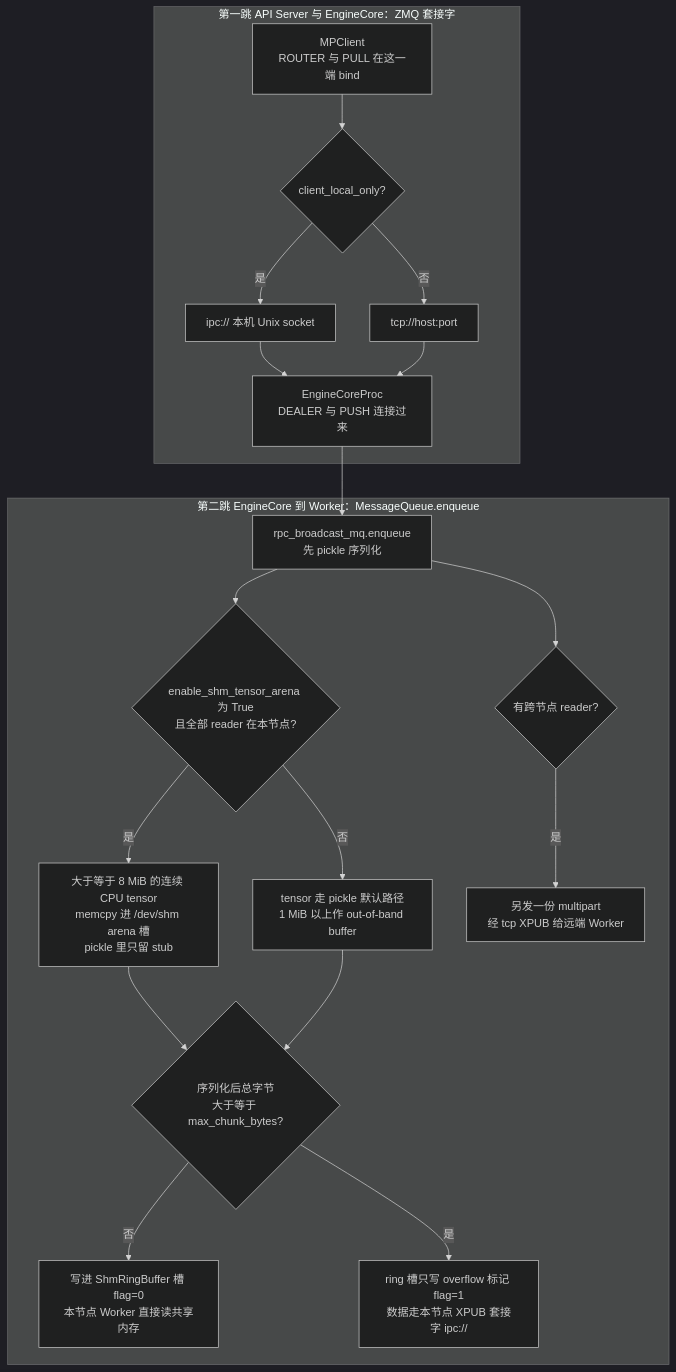
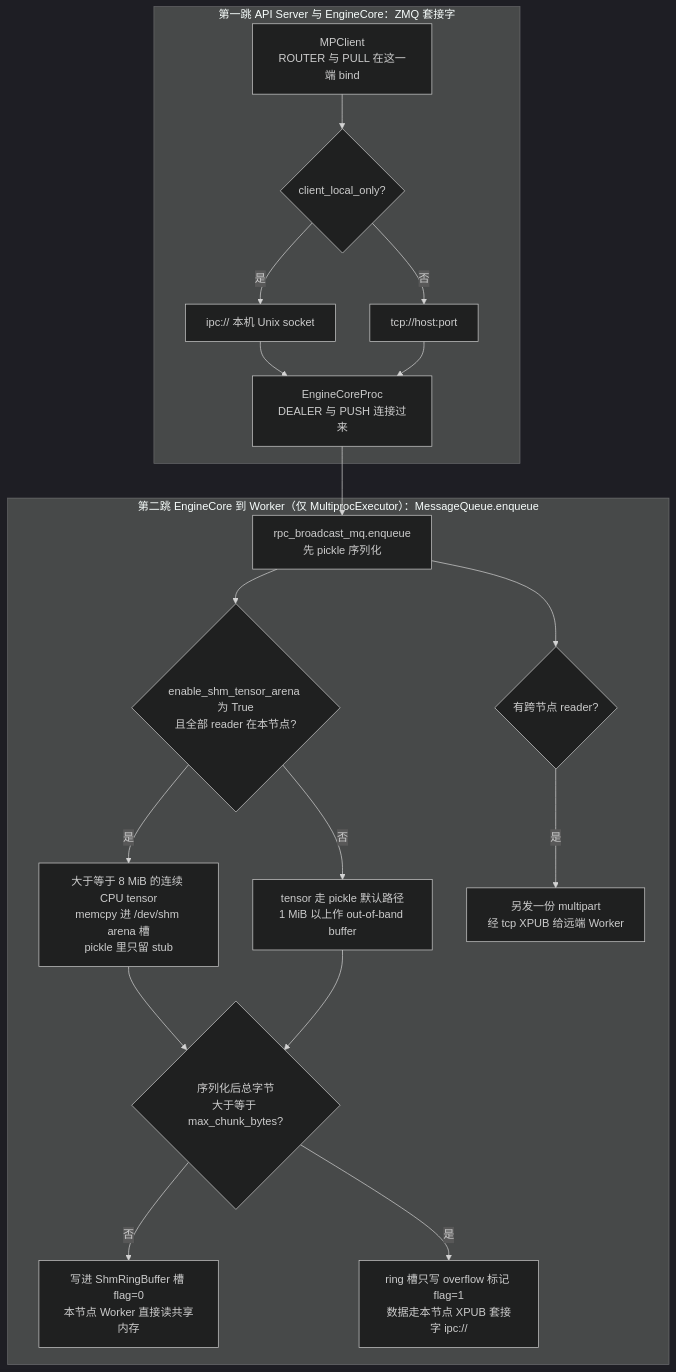
One commit to cluster1900/vllm_reader changed the tenth of 24 diagrams in book/03-engine-core/README.md. Above: the diagram before and after it, drawn with Mermaid (dark theme). The commit also changed other lines of this file and 1 other file, not shown here.

Commit message:
docs(ch02,ch03): address #29 r1 review (watchdog symbols, KV init diagram, admission wording)

````diff
--- a/book/03-engine-core/README.md
+++ b/book/03-engine-core/README.md
@@ -532,36 +532,36 @@
 ```mermaid
 flowchart TB
     subgraph HOP1["第一跳 API Server 与 EngineCore：ZMQ 套接字"]
         CL["MPClient<br/>ROUTER 与 PULL 在这一端 bind"]
         ADDR{"client_local_only?"}
         IPC["ipc:// 本机 Unix socket"]
         TCP1["tcp://host:port"]
         EC["EngineCoreProc<br/>DEALER 与 PUSH 连接过来"]
         CL --> ADDR
         ADDR -- "是" --> IPC
         ADDR -- "否" --> TCP1
         IPC --> EC
         TCP1 --> EC
     end
-    subgraph HOP2["第二跳 EngineCore 到 Worker：MessageQueue.enqueue"]
+    subgraph HOP2["第二跳 EngineCore 到 Worker（仅 MultiprocExecutor）：MessageQueue.enqueue"]
         ENQ["rpc_broadcast_mq.enqueue<br/>先 pickle 序列化"]
         ARENA{"enable_shm_tensor_arena 为 True<br/>且全部 reader 在本节点?"}
         AY["大于等于 8 MiB 的连续 CPU tensor<br/>memcpy 进 /dev/shm arena 槽<br/>pickle 里只留 stub"]
         AN["tensor 走 pickle 默认路径<br/>1 MiB 以上作 out-of-band buffer"]
         SIZE{"序列化后总字节<br/>大于等于 max_chunk_bytes?"}
         RING["写进 ShmRingBuffer 槽 flag=0<br/>本节点 Worker 直接读共享内存"]
         OVER["ring 槽只写 overflow 标记 flag=1<br/>数据走本节点 XPUB 套接字 ipc://"]
         REM{"有跨节点 reader?"}
         TCP2["另发一份 multipart<br/>经 tcp XPUB 给远端 Worker"]
         ENQ --> ARENA
         ARENA -- "是" --> AY
         ARENA -- "否" --> AN
         AY --> SIZE
         AN --> SIZE
         SIZE -- "否" --> RING
         SIZE -- "是" --> OVER
         ENQ --> REM
         REM -- "是" --> TCP2
     end
     EC --> ENQ
 ```
````
